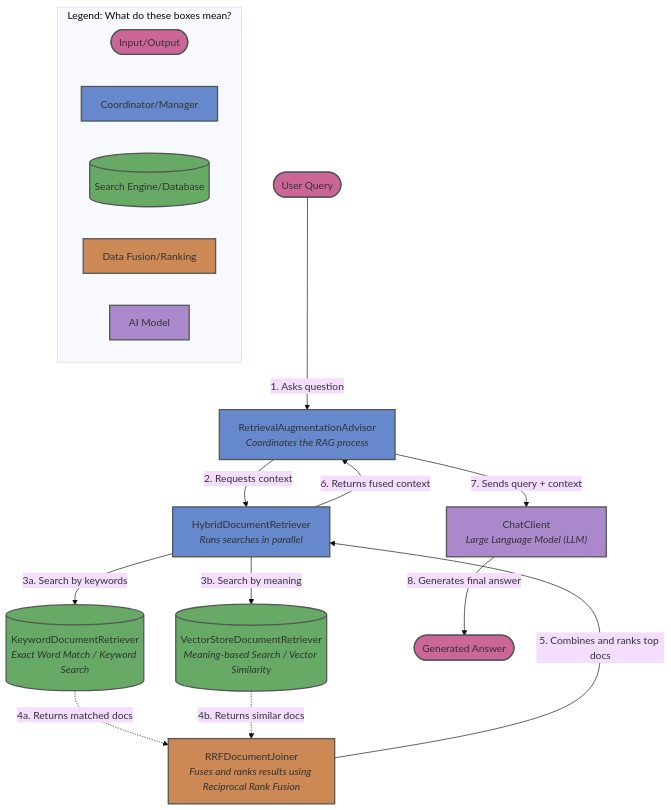
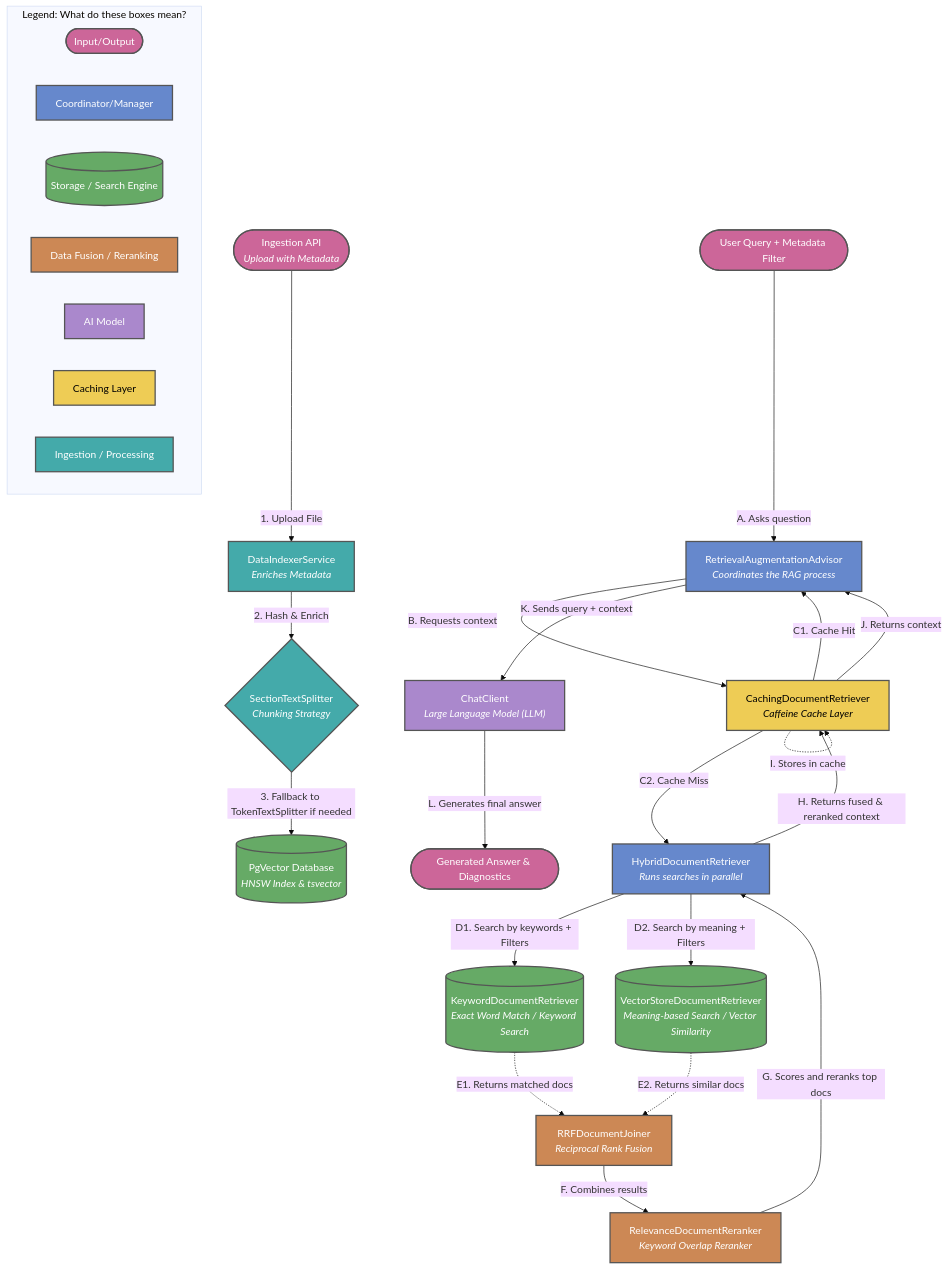
The diagram in rag/rag-springai-ollama-llm/ReadMe.md (rajadilipkolli/ai-playground), drawn with Mermaid (base theme) before and after one commit. The commit also changed other lines of this file and 25 other files, not shown here.

````diff
--- a/rag/rag-springai-ollama-llm/ReadMe.md
+++ b/rag/rag-springai-ollama-llm/ReadMe.md
@@ -7,47 +31,70 @@
 ```mermaid
 flowchart TD
     %% Define Styles / Legend
-    classDef userReq fill:#cc6699,stroke:#555555,stroke-width:2px;
-    classDef coordinator fill:#6688cc,stroke:#555555,stroke-width:2px;
-    classDef searchEngine fill:#66aa66,stroke:#555555,stroke-width:2px;
-    classDef fusion fill:#cc8855,stroke:#555555,stroke-width:2px;
-    classDef llm fill:#aa88cc,stroke:#555555,stroke-width:2px;
+    classDef userReq fill:#cc6699,stroke:#555555,stroke-width:2px,color:#fff;
+    classDef coordinator fill:#6688cc,stroke:#555555,stroke-width:2px,color:#fff;
+    classDef searchEngine fill:#66aa66,stroke:#555555,stroke-width:2px,color:#fff;
+    classDef fusion fill:#cc8855,stroke:#555555,stroke-width:2px,color:#fff;
+    classDef llm fill:#aa88cc,stroke:#555555,stroke-width:2px,color:#fff;
+    classDef cache fill:#eecc55,stroke:#555555,stroke-width:2px,color:#000;
+    classDef ingestion fill:#44aaaa,stroke:#555555,stroke-width:2px,color:#fff;
 
-    %% Nodes
-    User(["User Query"]):::userReq
+    %% Nodes for Ingestion
+    IngestApi(["Ingestion API<br/><i>Upload with Metadata</i>"]):::userReq
+    DataIndexer["DataIndexerService<br/><i>Enriches Metadata</i>"]:::ingestion
+    Splitter{"SectionTextSplitter<br/><i>Chunking Strategy</i>"}:::ingestion
+    DB[("PgVector Database<br/><i>HNSW Index & tsvector</i>")]:::searchEngine
+
+    %% Nodes for Retrieval
+    User(["User Query + Metadata Filter"]):::userReq
     Advisor["RetrievalAugmentationAdvisor<br/><i>Coordinates the RAG process</i>"]:::coordinator
+    Cache["CachingDocumentRetriever<br/><i>Caffeine Cache Layer</i>"]:::cache
     HybridRetriever["HybridDocumentRetriever<br/><i>Runs searches in parallel</i>"]:::coordinator
     
     KeywordSearch[("KeywordDocumentRetriever<br/><i>Exact Word Match / Keyword Search</i>")]:::searchEngine
     VectorSearch[("VectorStoreDocumentRetriever<br/><i>Meaning-based Search / Vector Similarity</i>")]:::searchEngine
     
-    Joiner["RRFDocumentJoiner<br/><i>Fuses and ranks results using Reciprocal Rank Fusion</i>"]:::fusion
+    Joiner["RRFDocumentJoiner<br/><i>Reciprocal Rank Fusion</i>"]:::fusion
+    Reranker["RelevanceDocumentReranker<br/><i>Keyword Overlap Reranker</i>"]:::fusion
     
     Ollama["ChatClient<br/><i>Large Language Model (LLM)</i>"]:::llm
-    Response(["Generated Answer"]):::userReq
+    Response(["Generated Answer & Diagnostics"]):::userReq
 
-    %% Flow
-    User -->|1. Asks question| Advisor
-    Advisor -->|2. Requests context| HybridRetriever
+    %% Ingestion Flow
+    IngestApi -->|1. Upload File| DataIndexer
+    DataIndexer -->|2. Hash & Enrich| Splitter
+    Splitter -->|3. Fallback to TokenTextSplitter if needed| DB
     
-    HybridRetriever -->|3a. Search by keywords| KeywordSearch
-    HybridRetriever -->|3b. Search by meaning| VectorSearch
+    %% Retrieval Flow
+    User -->|A. Asks question| Advisor
+    Advisor -->|B. Requests context| Cache
     
-    KeywordSearch -.->|4a. Returns matched docs| Joiner
-    VectorSearch -.->|4b. Returns similar docs| Joiner
+    Cache -- C1. Cache Hit --> Advisor
+    Cache -->|C2. Cache Miss| HybridRetriever
     
-    Joiner -->|5. Combines and ranks top docs| HybridRetriever
-    HybridRetriever -->|6. Returns fused context| Advisor
+    HybridRetriever -->|D1. Search by keywords + Filters| KeywordSearch
+    HybridRetriever -->|D2. Search by meaning + Filters| VectorSearch
     
-    Advisor -->|7. Sends query + context| Ollama
-    Ollama -->|8. Generates final answer| Response
+    KeywordSearch -.->|E1. Returns matched docs| Joiner
+    VectorSearch -.->|E2. Returns similar docs| Joiner
+    
+    Joiner -->|F. Combines results| Reranker
+    Reranker -->|G. Scores and reranks top docs| HybridRetriever
+    HybridRetriever -->|H. Returns fused & reranked context| Cache
+    Cache -.->|I. Stores in cache| Cache
+    Cache -->|J. Returns context| Advisor
+    
+    Advisor -->|K. Sends query + context| Ollama
+    Ollama -->|L. Generates final answer| Response
 
     %% Legend
     subgraph Legend [Legend: What do these boxes mean?]
         L1(["Input/Output"]):::userReq
         L2["Coordinator/Manager"]:::coordinator
-        L3[("Search Engine/Database")]:::searchEngine
-        L4["Data Fusion/Ranking"]:::fusion
+        L3[("Storage / Search Engine")]:::searchEngine
+        L4["Data Fusion / Reranking"]:::fusion
         L5["AI Model"]:::llm
+        L6["Caching Layer"]:::cache
+        L7["Ingestion / Processing"]:::ingestion
     end
 ```
````
